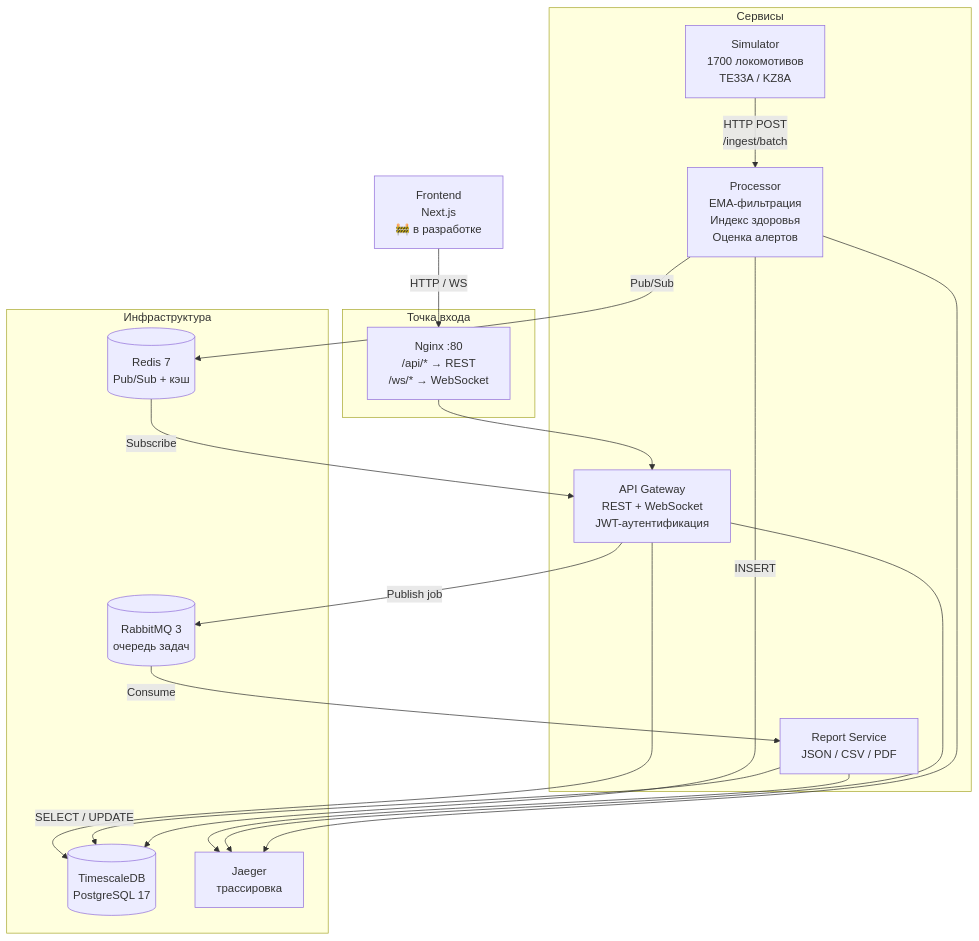
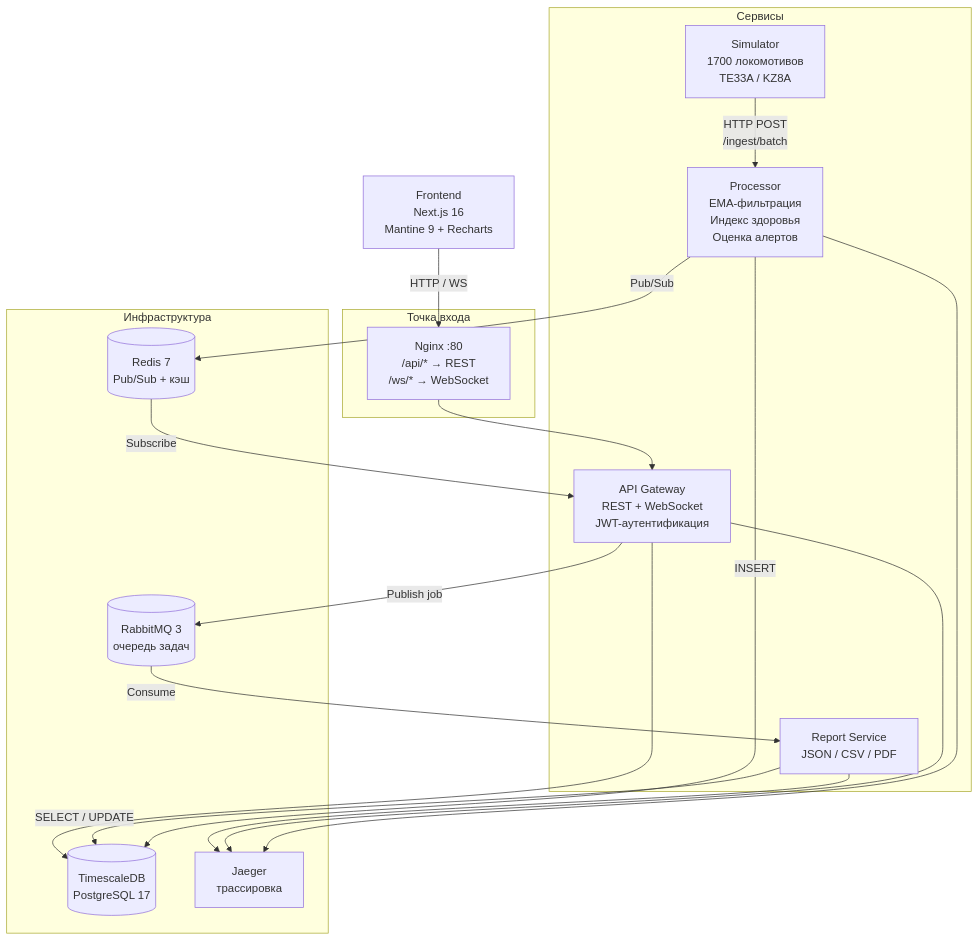
The diagram in README.md (thelol3882/hackathon_nu26), drawn with Mermaid before and after one commit. The commit also changed other lines of this file and 6 other files, not shown here.

````diff
--- a/README.md
+++ b/README.md
@@ -7,36 +7,36 @@
 ```mermaid
 graph TB
     subgraph Инфраструктура
         TimescaleDB[(TimescaleDB<br/>PostgreSQL 17)]
         Redis[(Redis 7<br/>Pub/Sub + кэш)]
         RabbitMQ[(RabbitMQ 3<br/>очередь задач)]
         Jaeger[Jaeger<br/>трассировка]
     end
 
     subgraph Сервисы
         Simulator[Simulator<br/>1700 локомотивов<br/>TE33A / KZ8A]
         Processor[Processor<br/>EMA-фильтрация<br/>Индекс здоровья<br/>Оценка алертов]
         Gateway[API Gateway<br/>REST + WebSocket<br/>JWT-аутентификация]
         ReportService[Report Service<br/>JSON / CSV / PDF]
     end
 
     subgraph Точка входа
         Nginx[Nginx :80<br/>/api/* → REST<br/>/ws/* → WebSocket]
     end
 
-    Frontend[Frontend<br/>Next.js<br/>🚧 в разработке]
+    Frontend[Frontend<br/>Next.js 16<br/>Mantine 9 + Recharts]
 
     Simulator -->|HTTP POST<br/>/ingest/batch| Processor
     Processor -->|INSERT| TimescaleDB
     Processor -->|Pub/Sub| Redis
     Redis -->|Subscribe| Gateway
     Gateway -->|Publish job| RabbitMQ
     RabbitMQ -->|Consume| ReportService
     ReportService -->|SELECT / UPDATE| TimescaleDB
     Processor --> Jaeger
     Gateway --> Jaeger
     ReportService --> Jaeger
     Gateway --> TimescaleDB
     Nginx --> Gateway
     Frontend -->|HTTP / WS| Nginx
 ```
````
